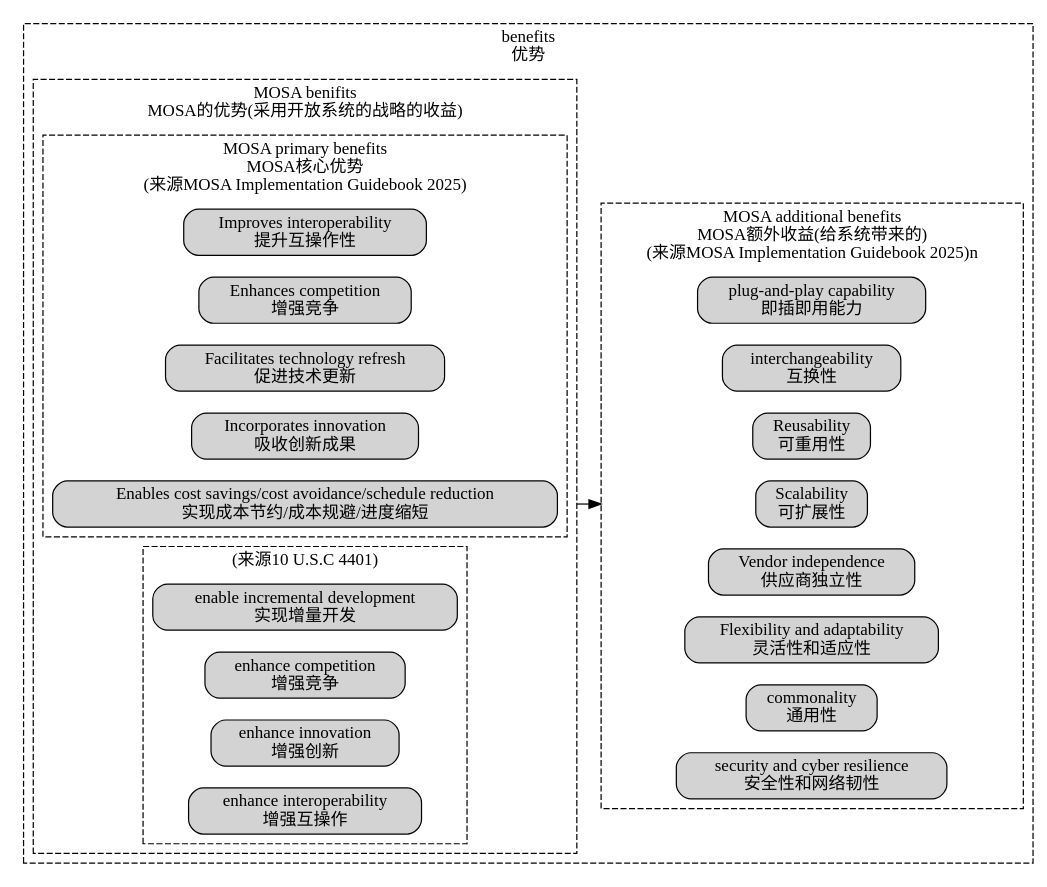
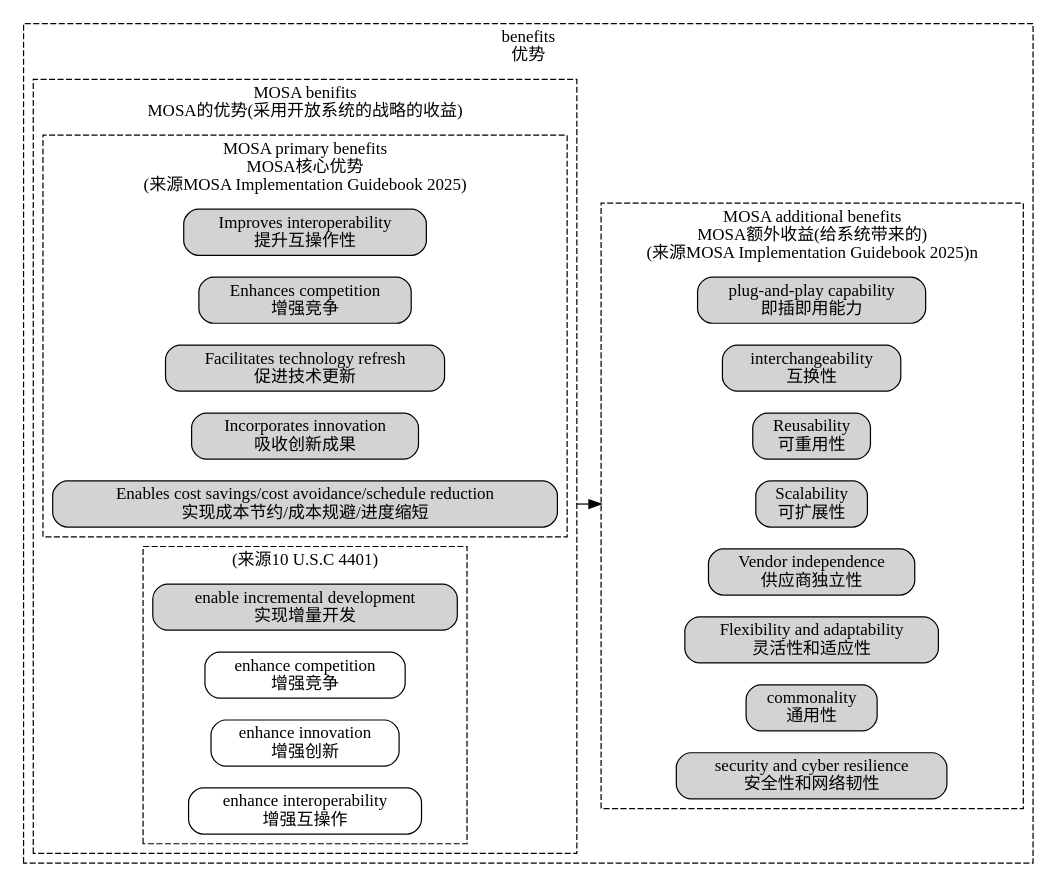
One commit to chaozhang2000/soa changed the diagram in parts/soa_feature_benifits.dot. Above: the diagram before and after it, drawn with Graphviz. The commit also changed 3 other files, not shown here.

```diff
--- a/parts/soa_feature_benifits.dot
+++ b/parts/soa_feature_benifits.dot
@@ -1,43 +1,43 @@
 digraph G {
   graph [rankdir=LR,compound=true];
   node [shape=box, style="rounded,filled"];
 subgraph cluster_MOSA_benefits{
 	label="benefits\n优势"
 	style = dashed;
 subgraph cluster_MOSA_benefits1{
 	label="MOSA benifits\nMOSA的优势(采用开放系统的战略的收益)"
 	style = dashed;
 	
 	subgraph cluster_MOSA_primary_benefits{
 	label="MOSA primary benefits\nMOSA核心优势\n(来源MOSA Implementation Guidebook 2025)"
 	style = dashed;
 	MOSA_Benefit1[label="Improves interoperability\n提升互操作性"]
 	MOSA_Benefit2[label="Enhances competition\n增强竞争"]
 	MOSA_Benefit3[label="Facilitates technology refresh\n促进技术更新"]
 	MOSA_Benefit4[label="Incorporates innovation\n吸收创新成果"]
 	MOSA_Benefit5[label="Enables cost savings/cost avoidance/schedule reduction\n实现成本节约/成本规避/进度缩短"]
 	}
 subgraph cluster_MOSA_benefits2{
 	label="(来源10 U.S.C 4401)"
 	style = dashed;
 	MOSA_Benefit14[label="enable incremental development\n实现增量开发"]
-	MOSA_Benefit15[label="enhance competition\n增强竞争"]
-	MOSA_Benefit16[label="enhance innovation\n增强创新"]
-	MOSA_Benefit17[label="enhance interoperability\n增强互操作"]
+	MOSA_Benefit15[label="enhance competition\n增强竞争",color=black,fillcolor=white]
+	MOSA_Benefit16[label="enhance innovation\n增强创新",color=black,fillcolor=white]
+	MOSA_Benefit17[label="enhance interoperability\n增强互操作",color=black,fillcolor=white]
 }
 }
 	subgraph cluster_MOSA_additional_benefits{
 	label="MOSA additional benefits\nMOSA额外收益(给系统带来的)\n(来源MOSA Implementation Guidebook 2025)n"
 	style = dashed;
 	MOSA_Benefit6[label="plug-and-play capability\n即插即用能力"]
 	MOSA_Benefit7[label="interchangeability\n互换性"]
 	MOSA_Benefit8[label="Reusability\n可重用性"]
 	MOSA_Benefit9[label="Scalability\n可扩展性"]
 	MOSA_Benefit10[label="Vendor independence\n供应商独立性"]
 	MOSA_Benefit11[label="Flexibility and adaptability\n灵活性和适应性"]
 	MOSA_Benefit12[label="commonality\n通用性"]
 	MOSA_Benefit13[label="security and cyber resilience\n安全性和网络韧性"]
 	}
 }
 MOSA_Benefit5->MOSA_Benefit9[lhead = "cluster_MOSA_additional_benefits",ltail = "cluster_MOSA_benefits1"]
 }
```
